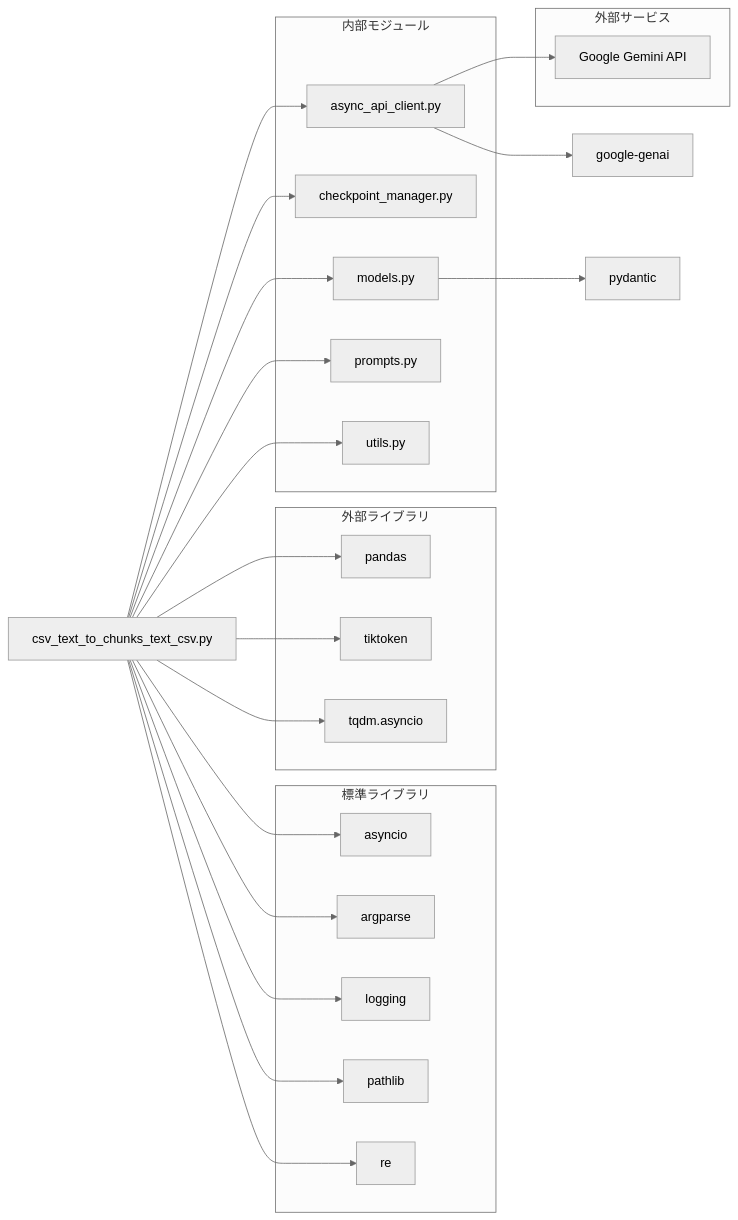
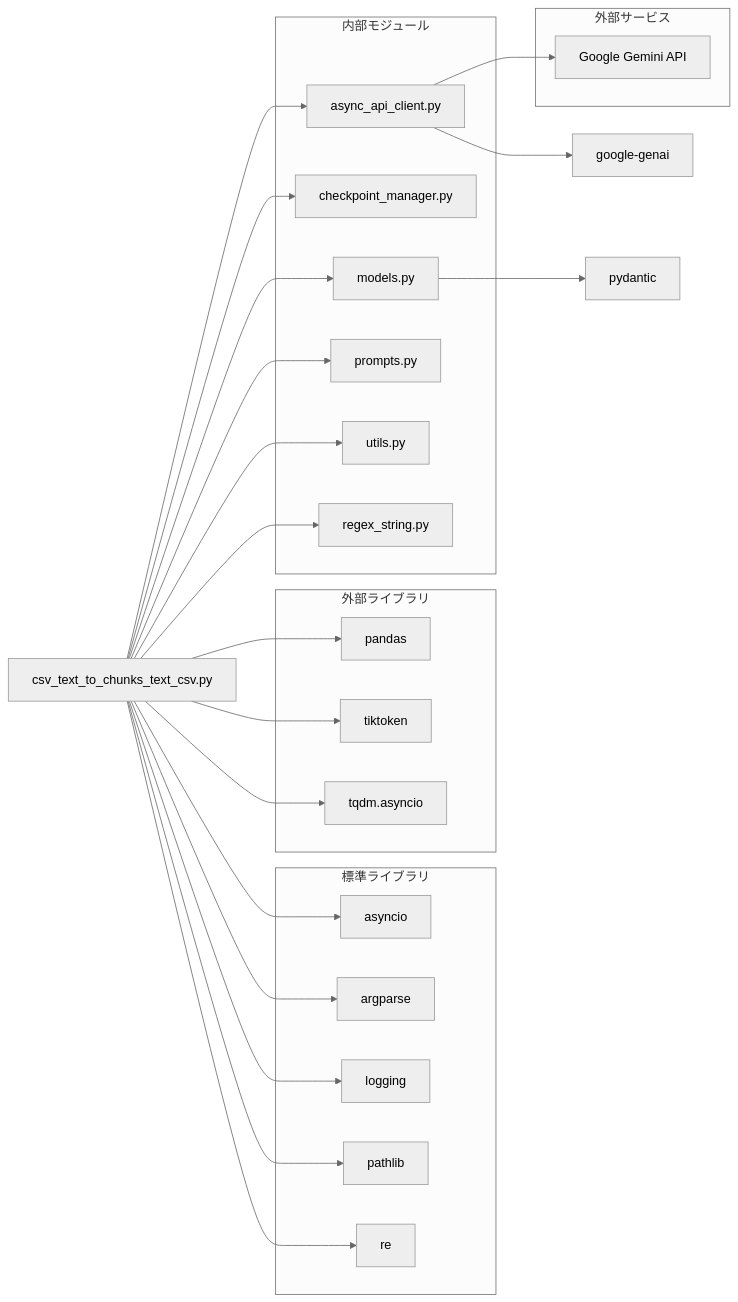
Before and after one commit to nakashima2toshio/gemini_grace_agent: the fifth of 7 diagrams in chunking/doc/csv_text_to_chunks_text_csv.md, drawn with Mermaid (neutral theme). The commit also changed other lines of this file and 4 other files, not shown here.

````diff
--- a/chunking/doc/csv_text_to_chunks_text_csv.md
+++ b/chunking/doc/csv_text_to_chunks_text_csv.md
@@ -922,51 +1017,53 @@
 ```mermaid
 flowchart LR
     CSV_CHUNKS[csv_text_to_chunks_text_csv.py]
 
     subgraph INTERNAL["内部モジュール"]
         API_CLIENT[async_api_client.py]
         CHECKPOINT[checkpoint_manager.py]
         MODELS[models.py]
         PROMPTS[prompts.py]
         UTILS[utils.py]
+        REGEX_STRING[regex_string.py]
     end
 
     subgraph EXTERNAL["外部ライブラリ"]
         PANDAS[pandas]
         TIKTOKEN[tiktoken]
         TQDM[tqdm.asyncio]
     end
 
     subgraph STDLIB["標準ライブラリ"]
         ASYNCIO[asyncio]
         ARGPARSE[argparse]
         LOGGING[logging]
         PATHLIB[pathlib]
         RE[re]
     end
 
     subgraph SERVICE["外部サービス"]
         GEMINI[Google Gemini API]
     end
 
     CSV_CHUNKS --> API_CLIENT
     CSV_CHUNKS --> CHECKPOINT
     CSV_CHUNKS --> MODELS
     CSV_CHUNKS --> PROMPTS
     CSV_CHUNKS --> UTILS
+    CSV_CHUNKS --> REGEX_STRING
 
     CSV_CHUNKS --> PANDAS
     CSV_CHUNKS --> TIKTOKEN
     CSV_CHUNKS --> TQDM
 
     CSV_CHUNKS --> ASYNCIO
     CSV_CHUNKS --> ARGPARSE
     CSV_CHUNKS --> LOGGING
     CSV_CHUNKS --> PATHLIB
     CSV_CHUNKS --> RE
 
     API_CLIENT --> GEMINI
 
     MODELS --> PYDANTIC[pydantic]
     API_CLIENT --> GOOGLE_GENAI[google-genai]
 ```
````
